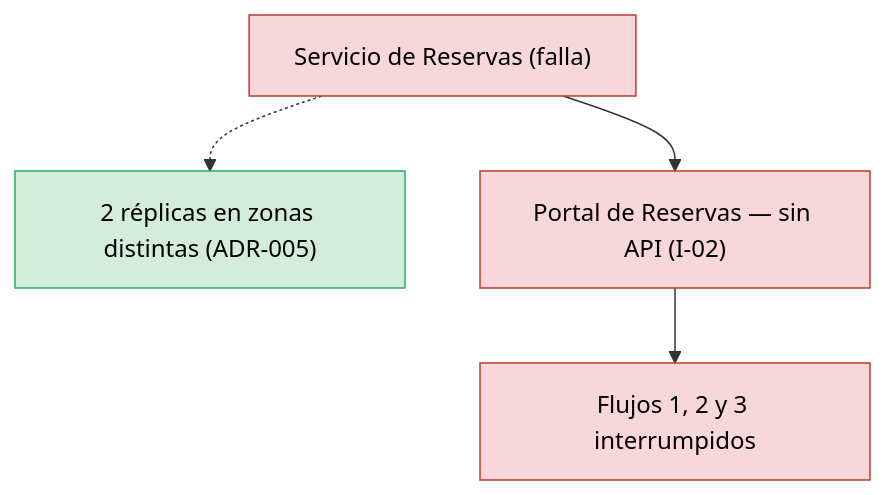
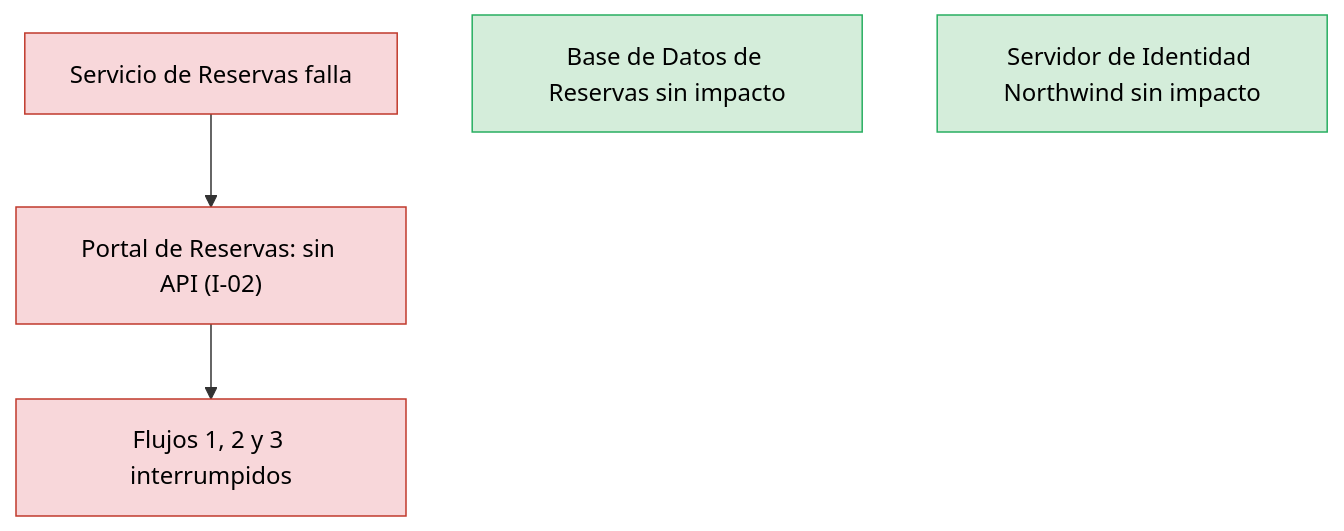
Before and after one commit to shadowX4fox/northwind-reservas: the third of 3 diagrams in analysis/BLAST-RADIUS-2026-11-03.md, drawn with Mermaid. The commit also changed other lines of this file and 9 other files, not shown here.

````diff
--- a/analysis/BLAST-RADIUS-2026-11-03.md
+++ b/analysis/BLAST-RADIUS-2026-11-03.md
@@ -80,12 +68,9 @@
 ```mermaid
 flowchart TB
-    SVC["Servicio de Reservas (falla)"]:::cascading
-    REP["2 réplicas en zonas distintas (ADR-005)"]:::contained
-    PORTAL["Portal de Reservas — sin API (I-02)"]:::cascading
-    F["Flujos 1, 2 y 3 interrumpidos"]:::cascading
-    SVC -.-> REP
-    SVC --> PORTAL
-    PORTAL --> F
-    classDef cascading fill:#f8d7da,stroke:#c0392b,color:#000
-    classDef contained fill:#d4edda,stroke:#27ae60,color:#000
+  A["Servicio de Reservas falla"]:::cascading --> B["Portal de Reservas: sin API (I-02)"]:::cascading
+  B --> F["Flujos 1, 2 y 3 interrumpidos"]:::cascading
+  D["Base de Datos de Reservas sin impacto"]:::contained
+  E["Servidor de Identidad Northwind sin impacto"]:::contained
+  classDef cascading fill:#f8d7da,stroke:#c0392b,color:#000
+  classDef contained fill:#d4edda,stroke:#27ae60,color:#000
 ```
````
